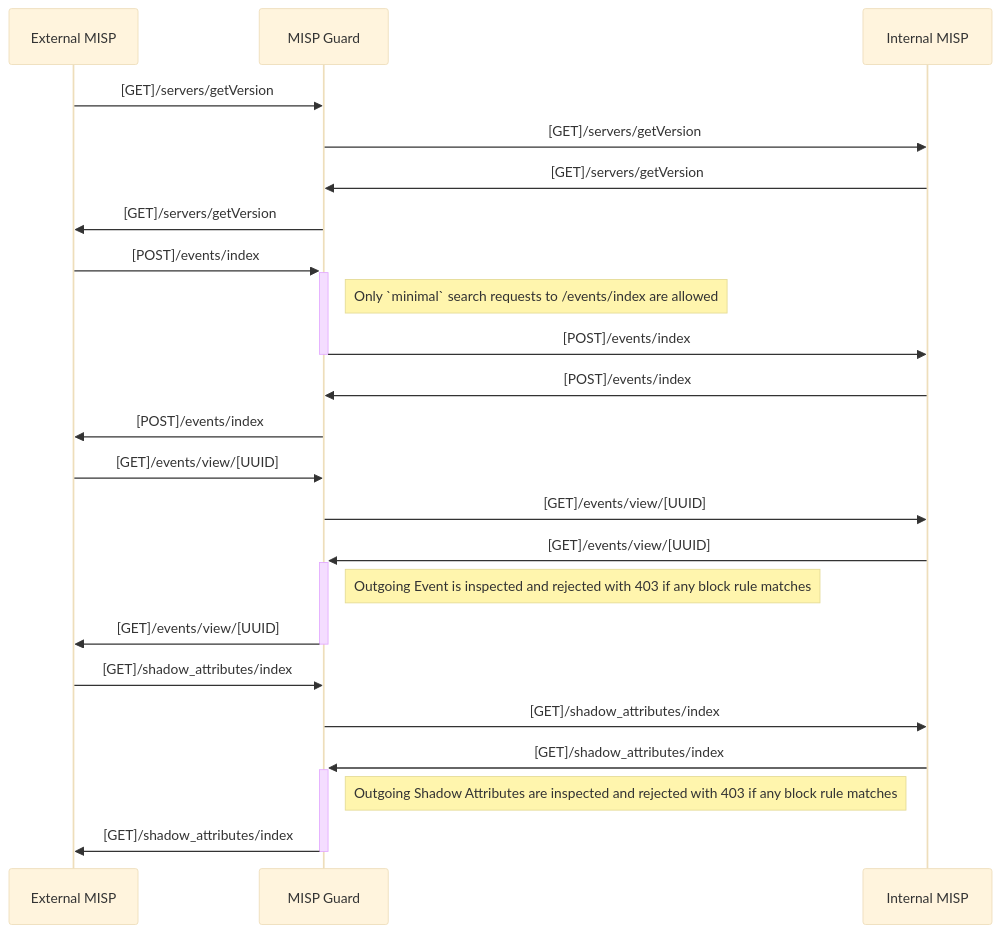
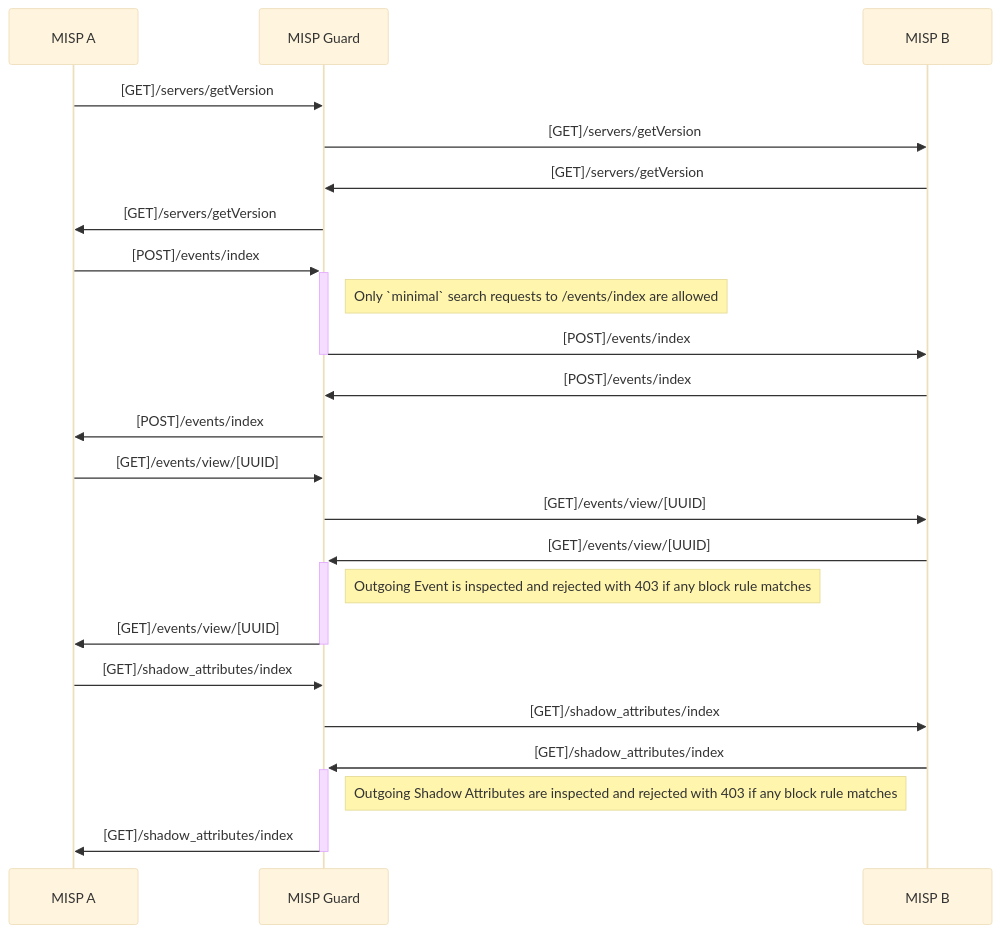
One commit to MISP/misp-guard changed the second of 2 diagrams in README.md. Above: the diagram before and after it, drawn with Mermaid (base theme). The commit also changed other lines of this file and 12 other files, not shown here.

````diff
--- a/README.md
+++ b/README.md
@@ -44,29 +44,29 @@
 ```mermaid
 sequenceDiagram
-    participant External MISP
+    participant MISP A
     participant MISP Guard
-    participant Internal MISP
+    participant MISP B
 
-    External MISP->>MISP Guard: [GET]/servers/getVersion
-    MISP Guard->>Internal MISP: [GET]/servers/getVersion
-    Internal MISP->>MISP Guard: [GET]/servers/getVersion
-    MISP Guard->>External MISP: [GET]/servers/getVersion
+    MISP A->>MISP Guard: [GET]/servers/getVersion
+    MISP Guard->>MISP B: [GET]/servers/getVersion
+    MISP B->>MISP Guard: [GET]/servers/getVersion
+    MISP Guard->>MISP A: [GET]/servers/getVersion
 
-    External MISP->>+MISP Guard: [POST]/events/index
+    MISP A->>+MISP Guard: [POST]/events/index
     note right of MISP Guard: Only `minimal` search requests to /events/index are allowed
-    MISP Guard->>-Internal MISP: [POST]/events/index
-    Internal MISP->>MISP Guard: [POST]/events/index
-    MISP Guard->>External MISP: [POST]/events/index
+    MISP Guard->>-MISP B: [POST]/events/index
+    MISP B->>MISP Guard: [POST]/events/index
+    MISP Guard->>MISP A: [POST]/events/index
 
-    External MISP->>MISP Guard: [GET]/events/view/[UUID]
-    MISP Guard->>Internal MISP: [GET]/events/view/[UUID]
-    Internal MISP->>+MISP Guard: [GET]/events/view/[UUID]
+    MISP A->>MISP Guard: [GET]/events/view/[UUID]
+    MISP Guard->>MISP B: [GET]/events/view/[UUID]
+    MISP B->>+MISP Guard: [GET]/events/view/[UUID]
     note right of MISP Guard: Outgoing Event is inspected and rejected with 403 if any block rule matches
-    MISP Guard->>-External MISP: [GET]/events/view/[UUID]
+    MISP Guard->>-MISP A: [GET]/events/view/[UUID]
 
-    External MISP->>MISP Guard: [GET]/shadow_attributes/index
-    MISP Guard->>Internal MISP: [GET]/shadow_attributes/index
-    Internal MISP->>+MISP Guard: [GET]/shadow_attributes/index
+    MISP A->>MISP Guard: [GET]/shadow_attributes/index
+    MISP Guard->>MISP B: [GET]/shadow_attributes/index
+    MISP B->>+MISP Guard: [GET]/shadow_attributes/index
     note right of MISP Guard: Outgoing Shadow Attributes are inspected and rejected with 403 if any block rule matches
-    MISP Guard->>-External MISP: [GET]/shadow_attributes/index
+    MISP Guard->>-MISP A: [GET]/shadow_attributes/index
 ```
````
